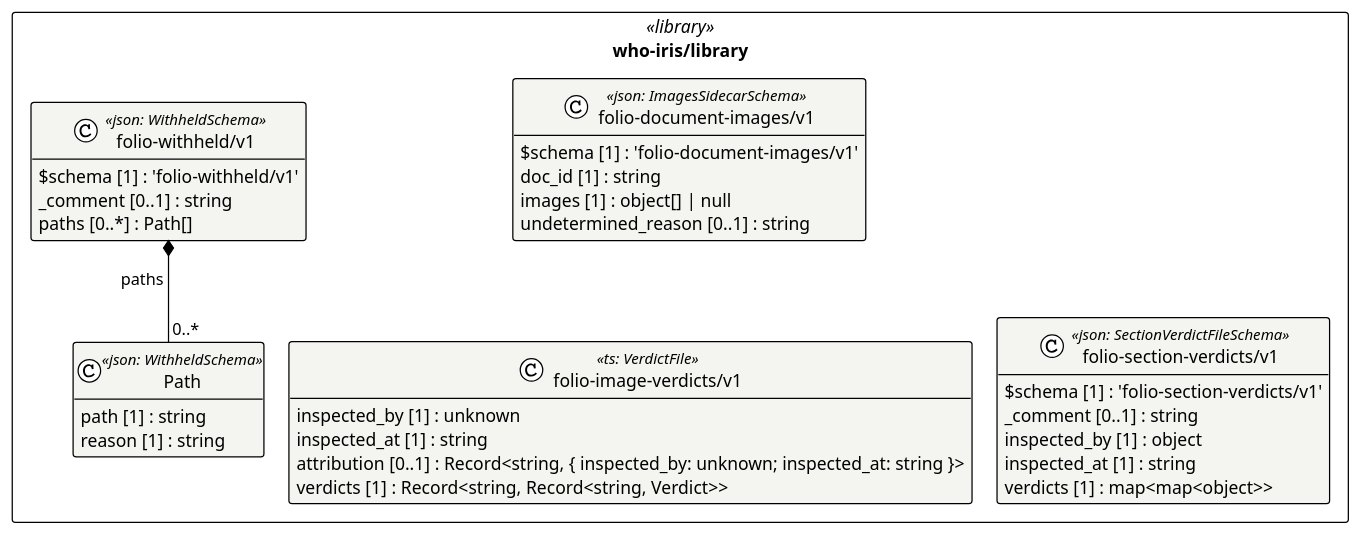
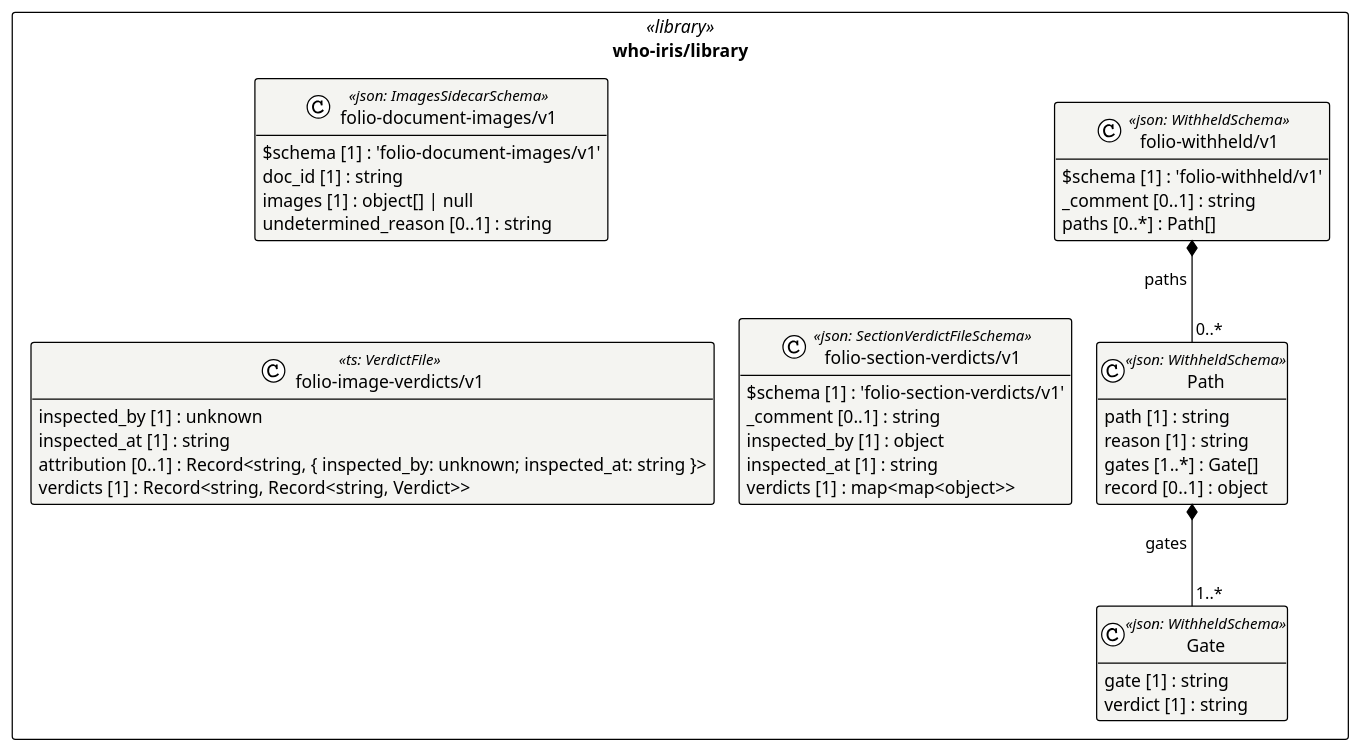
Before and after one commit to litlfred/folio-assistant: the diagram in cat-harness/uml/overview/who-iris/library.puml, drawn with PlantUML. The commit also changed 28 other files, not shown here.

```diff
--- a/cat-harness/uml/overview/who-iris/library.puml
+++ b/cat-harness/uml/overview/who-iris/library.puml
@@ -3,41 +3,48 @@
 @startuml who_iris_library
 !pragma layout elk
 !theme plain
 skinparam classAttributeIconSize 0
 skinparam shadowing false
 skinparam packageStyle rectangle
 hide empty methods
 
 package "who-iris/library" as pkg_who_iris_library <<library>> {
   class "folio-document-images/v1" as who_iris_library_folio_document_images_v1_folio_document_images_v1 <<json: ImagesSidecarSchema>> #f4f4f1 {
     $schema [1] : 'folio-document-images/v1'
     doc_id [1] : string
     images [1] : object[] | null
     undetermined_reason [0..1] : string
   }
   class "folio-image-verdicts/v1" as who_iris_library_folio_image_verdicts_v1 <<ts: VerdictFile>> #f4f4f1 {
     inspected_by [1] : unknown
     inspected_at [1] : string
     attribution [0..1] : Record<string, { inspected_by: unknown; inspected_at: string }>
     verdicts [1] : Record<string, Record<string, Verdict>>
   }
   class "folio-section-verdicts/v1" as who_iris_library_folio_section_verdicts_v1_folio_section_verdicts_v1 <<json: SectionVerdictFileSchema>> #f4f4f1 {
     $schema [1] : 'folio-section-verdicts/v1'
     _comment [0..1] : string
     inspected_by [1] : object
     inspected_at [1] : string
     verdicts [1] : map<map<object>>
   }
+  class "Gate" as who_iris_library_folio_withheld_v1_Gate <<json: WithheldSchema>> #f4f4f1 {
+    gate [1] : string
+    verdict [1] : string
+  }
   class "Path" as who_iris_library_folio_withheld_v1_Path <<json: WithheldSchema>> #f4f4f1 {
     path [1] : string
     reason [1] : string
+    gates [1..*] : Gate[]
+    record [0..1] : object
   }
   class "folio-withheld/v1" as who_iris_library_folio_withheld_v1_folio_withheld_v1 <<json: WithheldSchema>> #f4f4f1 {
     $schema [1] : 'folio-withheld/v1'
     _comment [0..1] : string
     paths [0..*] : Path[]
   }
 }
 
+who_iris_library_folio_withheld_v1_Path *-- "1..*" who_iris_library_folio_withheld_v1_Gate : gates
 who_iris_library_folio_withheld_v1_folio_withheld_v1 *-- "0..*" who_iris_library_folio_withheld_v1_Path : paths
 @enduml
```
